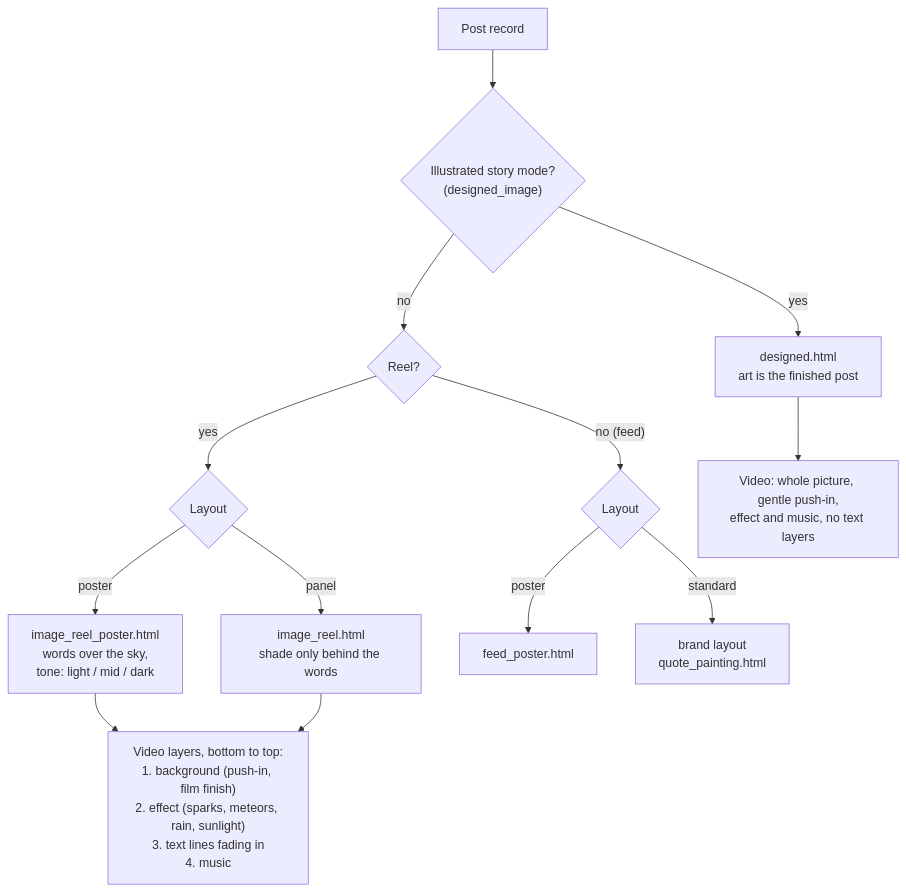
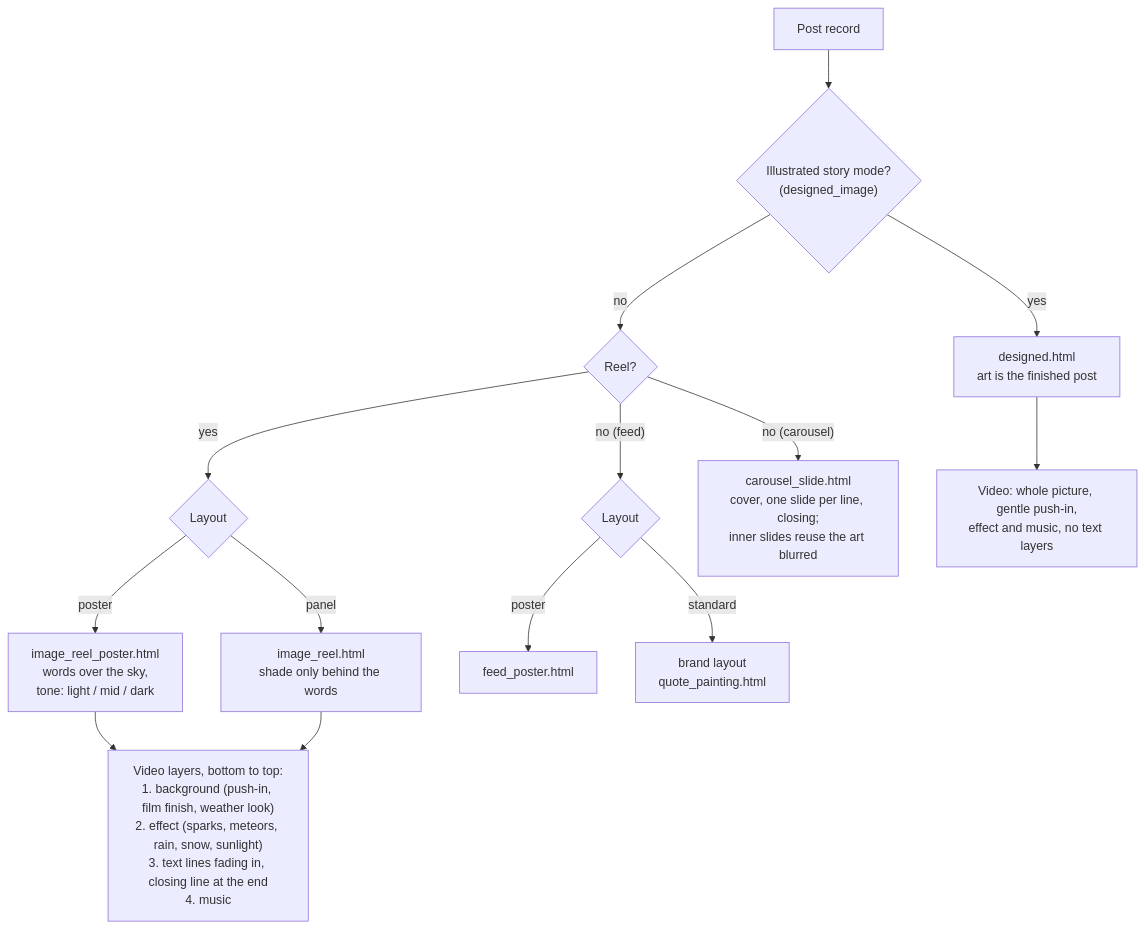
Before and after one commit to Digvijaythul123/Content_Generation_Agent: the third of 4 diagrams in 02_SYSTEM_ARCHITECTURE.md, drawn with Mermaid. The commit also changed other lines of this file and 2 other files, not shown here.

Commit message:
docs: carousels, Facebook Page posting, scenery and weather, engagement tools

````diff
--- a/02_SYSTEM_ARCHITECTURE.md
+++ b/02_SYSTEM_ARCHITECTURE.md
@@ -112,15 +118,16 @@
 ```mermaid
 flowchart TD
     rec["Post record"] --> d{"Illustrated story mode?<br/>(designed_image)"}
     d -- "yes" --> des["designed.html<br/>art is the finished post"]
     d -- "no" --> reel{"Reel?"}
     reel -- "yes" --> lay{"Layout"}
     lay -- "poster" --> pos["image_reel_poster.html<br/>words over the sky,<br/>tone: light / mid / dark"]
     lay -- "panel" --> pan["image_reel.html<br/>shade only behind the words"]
     reel -- "no (feed)" --> flay{"Layout"}
     flay -- "poster" --> fpos["feed_poster.html"]
     flay -- "standard" --> brand["brand layout<br/>quote_painting.html"]
+    reel -- "no (carousel)" --> car["carousel_slide.html<br/>cover, one slide per line, closing;<br/>inner slides reuse the art blurred"]
 
-    pos & pan --> layers["Video layers, bottom to top:<br/>1. background (push-in, film finish)<br/>2. effect (sparks, meteors, rain, sunlight)<br/>3. text lines fading in<br/>4. music"]
+    pos & pan --> layers["Video layers, bottom to top:<br/>1. background (push-in, film finish, weather look)<br/>2. effect (sparks, meteors, rain, snow, sunlight)<br/>3. text lines fading in, closing line at the end<br/>4. music"]
     des --> whole["Video: whole picture, gentle push-in,<br/>effect and music, no text layers"]
 ```
````
